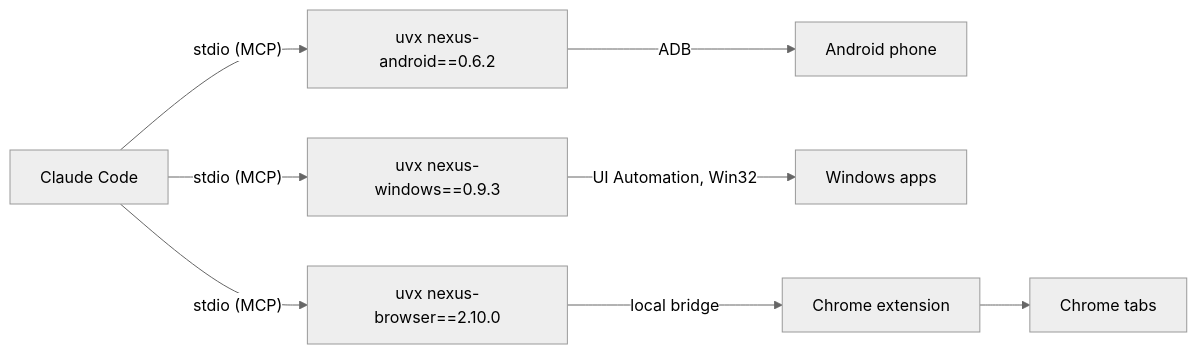
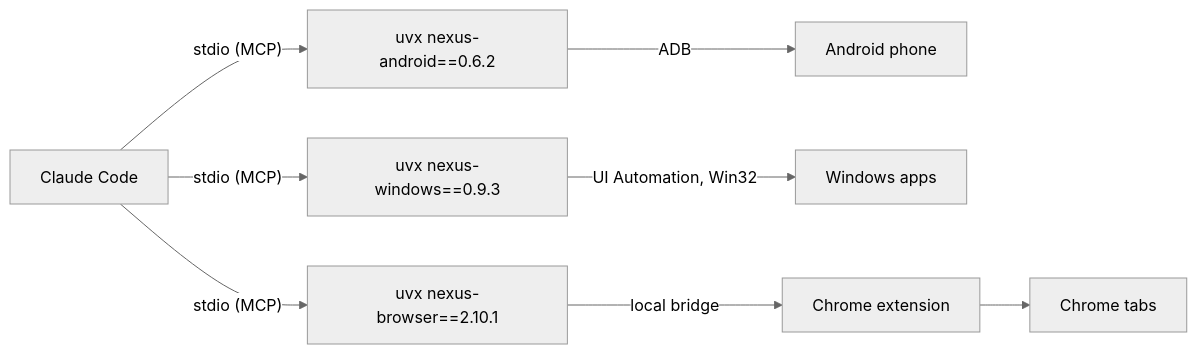
Before and after one commit to pironjulien/NexusSystem: the diagram in README.md, drawn with Mermaid (neutral theme). The commit also changed 7 other files, not shown here.

Commit message:
Update to 1.1.3: nexus-browser 2.10.1

````diff
--- a/README.md
+++ b/README.md
@@ -43,6 +43,6 @@
 ```mermaid
 flowchart LR
     C["Claude Code"] -- "stdio (MCP)" --> A["uvx nexus-android==0.6.2"] -- ADB --> P["Android phone"]
     C -- "stdio (MCP)" --> W["uvx nexus-windows==0.9.3"] -- "UI Automation, Win32" --> D["Windows apps"]
-    C -- "stdio (MCP)" --> B["uvx nexus-browser==2.10.0"] -- "local bridge" --> E["Chrome extension"] --> T["Chrome tabs"]
+    C -- "stdio (MCP)" --> B["uvx nexus-browser==2.10.1"] -- "local bridge" --> E["Chrome extension"] --> T["Chrome tabs"]
 ```
````
